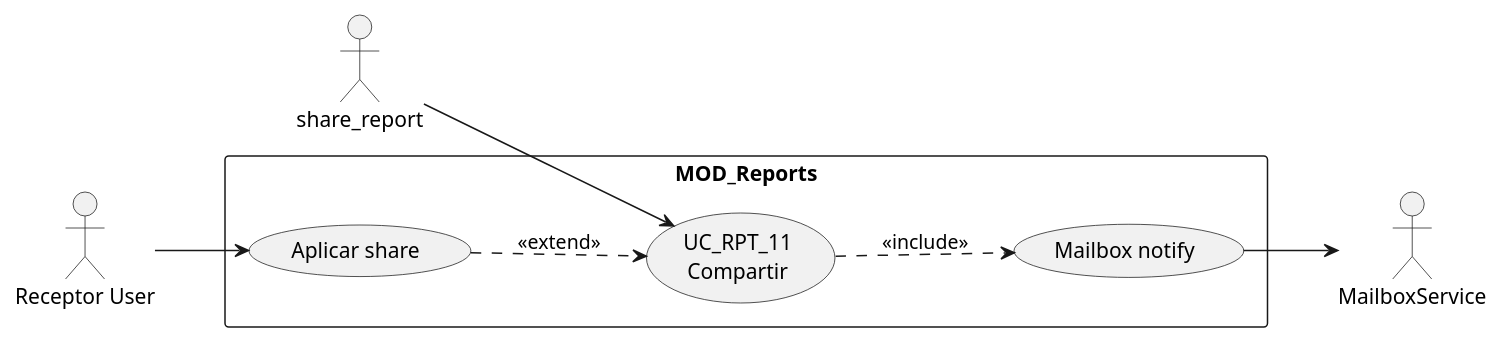
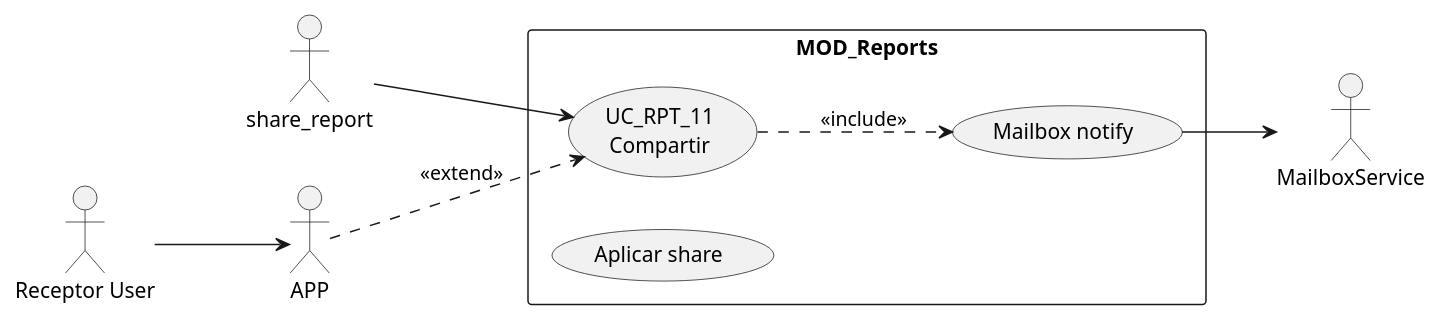
The diagram in source/requisitos/casos-uso/reports/uc-rpt-11/diagramas-uml/caso-de-uso.rst (jcg-admin/IACT-docs), drawn with PlantUML before and after one commit. The commit also changed 47 other files, not shown here.

First line of the commit message:
Fix cryptic PlantUML aliases in UC and architecture files (STD_011)

```diff
--- a/source/requisitos/casos-uso/reports/uc-rpt-11/diagramas-uml/caso-de-uso.rst
+++ b/source/requisitos/casos-uso/reports/uc-rpt-11/diagramas-uml/caso-de-uso.rst
@@ -4,20 +4,20 @@
 .. uml::
 
  @startuml
  left to right direction
  actor "share_report" as share_report
  actor "Receptor User" as ReceptorUser
  actor "MailboxService" as Mailboxservice
 
  rectangle "MOD_Reports" {
    usecase "UC_RPT_11\nCompartir" as UC11
-   usecase "Aplicar share" as APP
+   usecase "Aplicar share" as AplicacionFrontend
    usecase "Mailbox notify" as MailboxNotify
  }
 
  share_report --> UC11
  UC11 ..> MailboxNotify : <<include>>
  MailboxNotify --> Mailboxservice
  ReceptorUser --> APP
  APP ..> UC11 : <<extend>>
  @enduml
```
